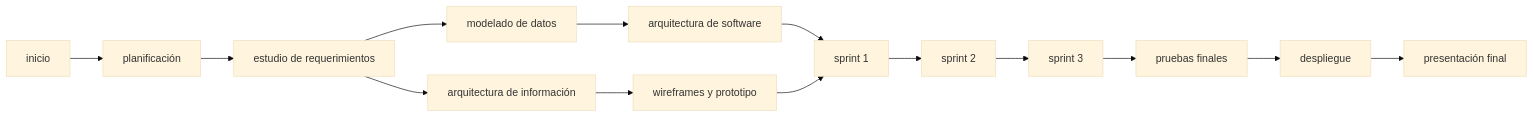
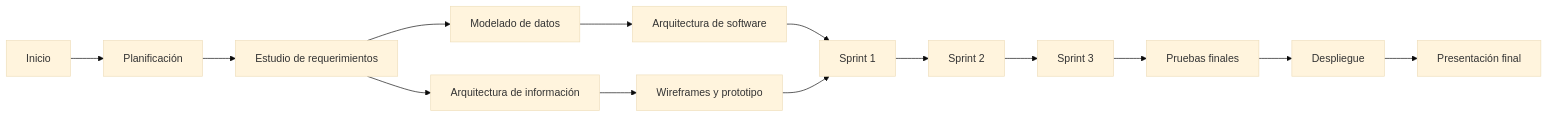
Before and after one commit to kahnaisehC/educar-para-transformar: the fourth of 4 diagrams in docs/planDeTrabajo.md, drawn with Mermaid (base theme). The commit also changed other lines of this file and 3 other files, not shown here.

````diff
--- a/docs/planDeTrabajo.md
+++ b/docs/planDeTrabajo.md
@@ -361,16 +391,16 @@
 ```mermaid
  flowchart LR
-     a["inicio"] --> b["planificación"]
-     b --> c["estudio de requerimientos"]
-     c --> d["modelado de datos"]
-     c --> e["arquitectura de información"]
-     d --> f["arquitectura de software"]
-     e --> g["wireframes y prototipo"]
-     f --> h["sprint 1"]
+     a["Inicio"] --> b["Planificación"]
+     b --> c["Estudio de requerimientos"]
+     c --> d["Modelado de datos"]
+     c --> e["Arquitectura de información"]
+     d --> f["Arquitectura de software"]
+     e --> g["Wireframes y prototipo"]
+     f --> h["Sprint 1"]
      g --> h
-     h --> i["sprint 2"]
-     i --> j["sprint 3"]
-     j --> k["pruebas finales"]
-     k --> l["despliegue"]
-     l --> m["presentación final"]
+     h --> i["Sprint 2"]
+     i --> j["Sprint 3"]
+     j --> k["Pruebas finales"]
+     k --> l["Despliegue"]
+     l --> m["Presentación final"]
 ```
````
